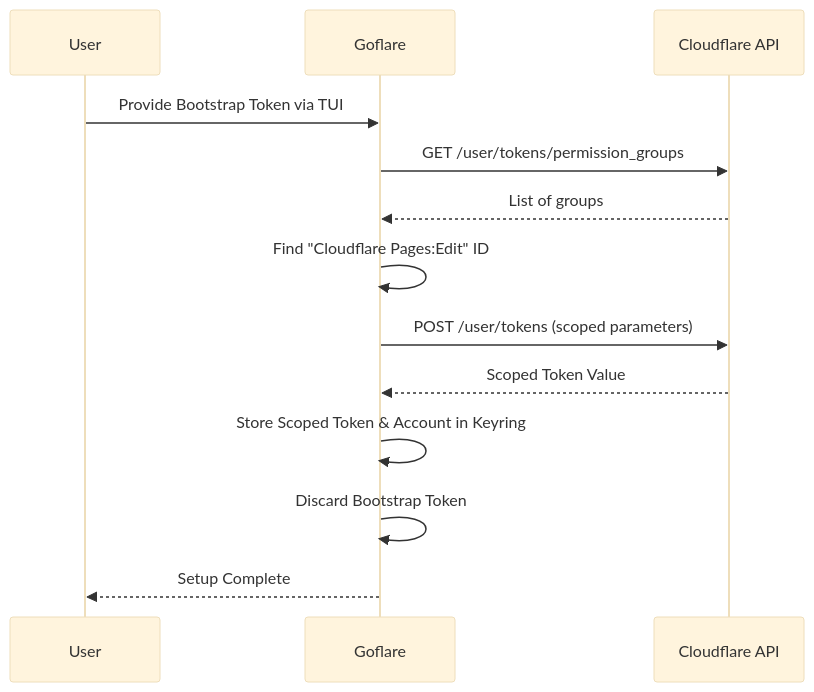
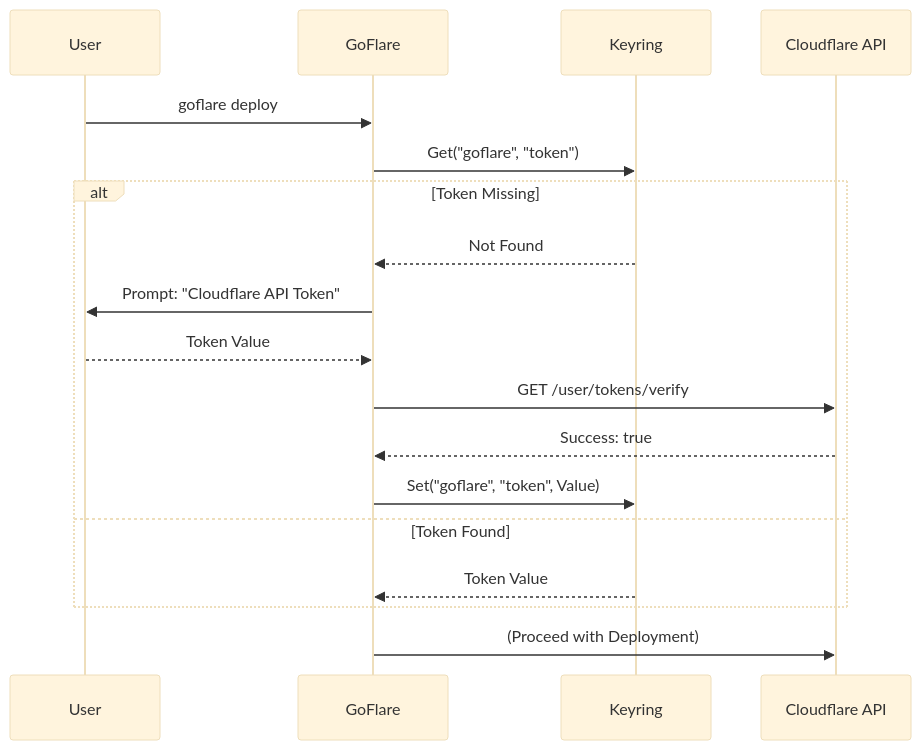
One commit to tinywasm/goflare changed the diagram in docs/diagrams/AUTH_FLOW.md. Above: the diagram before and after it, drawn with Mermaid (base theme). The commit also changed other lines of this file and 26 other files, not shown here.

First line of the commit message:
Complete implementation of GoFlare as a self-contained Go tool

````diff
--- a/docs/diagrams/AUTH_FLOW.md
+++ b/docs/diagrams/AUTH_FLOW.md
@@ -3,16 +3,21 @@
 ```mermaid
 sequenceDiagram
-    participant User
-    participant Goflare
+    participant U as User
+    participant G as GoFlare
+    participant K as Keyring
     participant CF as Cloudflare API
-    
-    User->>Goflare: Provide Bootstrap Token via TUI
-    Goflare->>CF: GET /user/tokens/permission_groups
-    CF-->>Goflare: List of groups
-    Goflare->>Goflare: Find "Cloudflare Pages:Edit" ID
-    Goflare->>CF: POST /user/tokens (scoped parameters)
-    CF-->>Goflare: Scoped Token Value
-    Goflare->>Goflare: Store Scoped Token & Account in Keyring
-    Goflare->>Goflare: Discard Bootstrap Token
-    Goflare-->>User: Setup Complete
+
+    U->>G: goflare deploy
+    G->>K: Get("goflare", "token")
+    alt Token Missing
+        K-->>G: Not Found
+        G->>U: Prompt: "Cloudflare API Token"
+        U-->>G: Token Value
+        G->>CF: GET /user/tokens/verify
+        CF-->>G: Success: true
+        G->>K: Set("goflare", "token", Value)
+    else Token Found
+        K-->>G: Token Value
+    end
+    G->>CF: (Proceed with Deployment)
 ```
````
